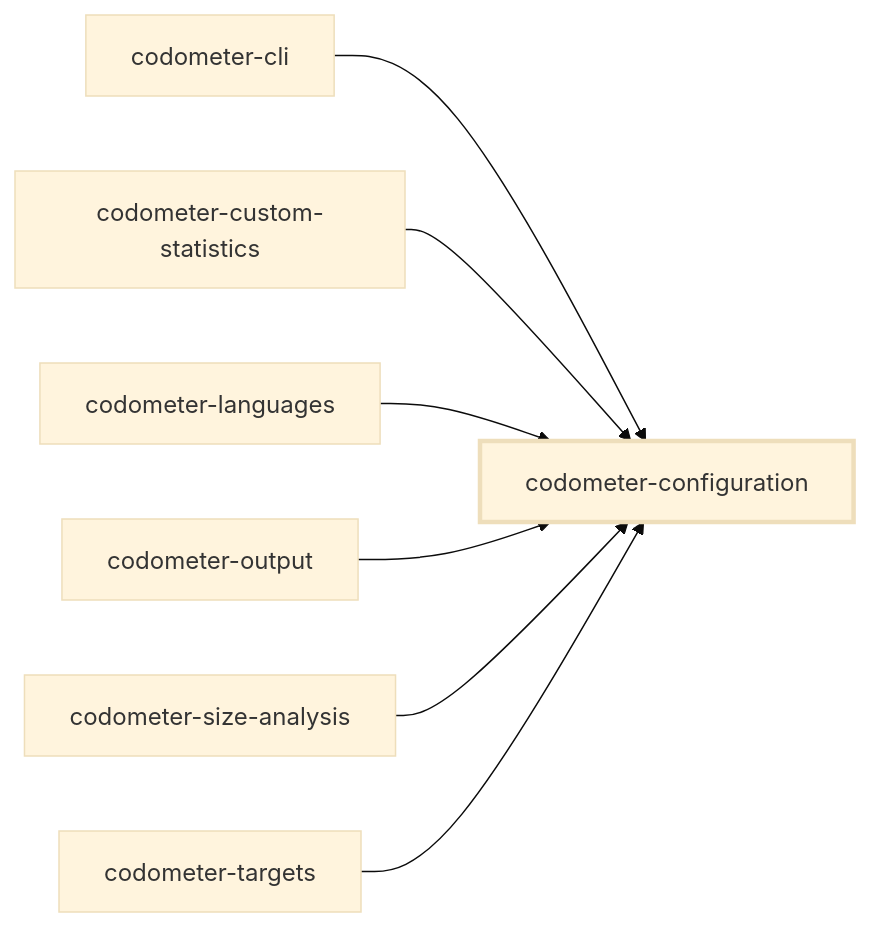
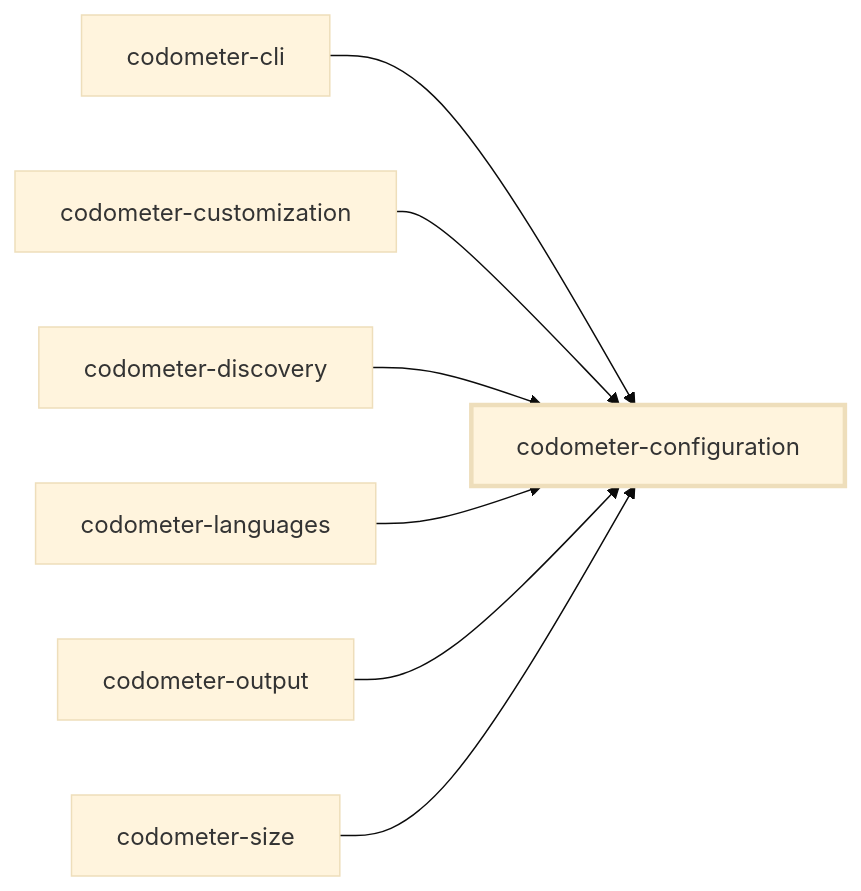
Before and after one commit to JimmyPaolini/codebase: the first of 2 diagrams in packages/codometer-configuration/README.md, drawn with Mermaid (base theme). The commit also changed 154 other files, not shown here.

````diff
--- a/packages/codometer-configuration/README.md
+++ b/packages/codometer-configuration/README.md
@@ -389,18 +389,18 @@
 ```mermaid
 flowchart LR
   codometer_cli["codometer-cli"]
   codometer_configuration["codometer-configuration"]
-  codometer_custom_statistics["codometer-custom-statistics"]
+  codometer_customization["codometer-customization"]
+  codometer_discovery["codometer-discovery"]
   codometer_languages["codometer-languages"]
   codometer_output["codometer-output"]
-  codometer_size_analysis["codometer-size-analysis"]
-  codometer_targets["codometer-targets"]
+  codometer_size["codometer-size"]
   codometer_cli --> codometer_configuration
-  codometer_custom_statistics --> codometer_configuration
+  codometer_customization --> codometer_configuration
+  codometer_discovery --> codometer_configuration
   codometer_languages --> codometer_configuration
   codometer_output --> codometer_configuration
-  codometer_size_analysis --> codometer_configuration
-  codometer_targets --> codometer_configuration
+  codometer_size --> codometer_configuration
   classDef subject stroke-width:3px
   class codometer_configuration subject
 ```
````
